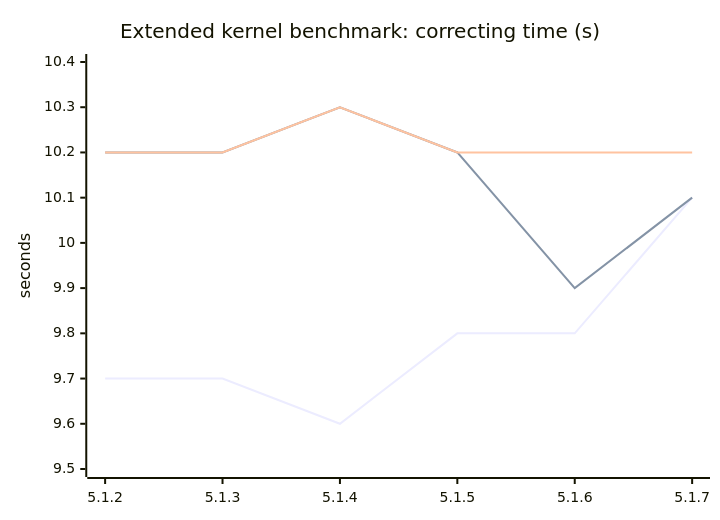
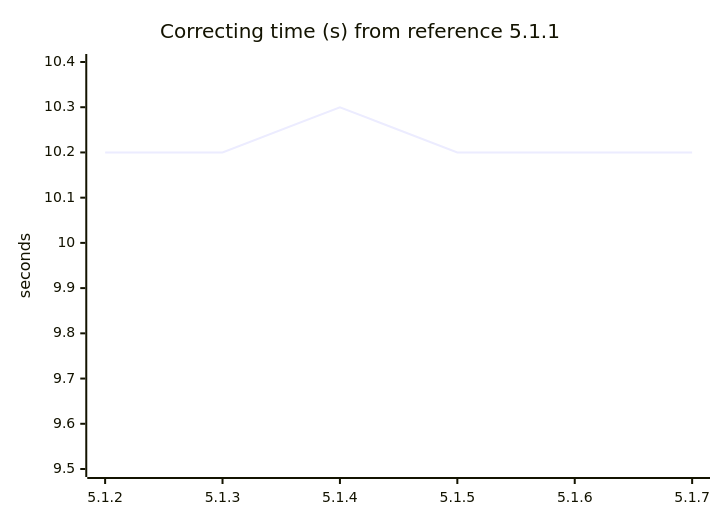
One commit to darrelllong/Delta-Compression changed the eighth of 8 diagrams in ANALYSIS.md. Above: the diagram before and after it, drawn with Mermaid. The commit also changed other lines of this file, not shown here.

Commit message:
Clarify inline benchmark charts

````diff
--- a/ANALYSIS.md
+++ b/ANALYSIS.md
@@ -429,9 +459,7 @@
 ```mermaid
 xychart-beta
-    title "Extended kernel benchmark: correcting time (s)"
+    title "Correcting time (s) from reference 5.1.1"
     x-axis ["5.1.2", "5.1.3", "5.1.4", "5.1.5", "5.1.6", "5.1.7"]
     y-axis "seconds" 9.5 --> 10.4
-    line [9.7, 9.7, 9.6, 9.8, 9.8, 10.1]
-    line [10.2, 10.2, 10.3, 10.2, 9.9, 10.1]
     line [10.2, 10.2, 10.3, 10.2, 10.2, 10.2]
 ```
````
